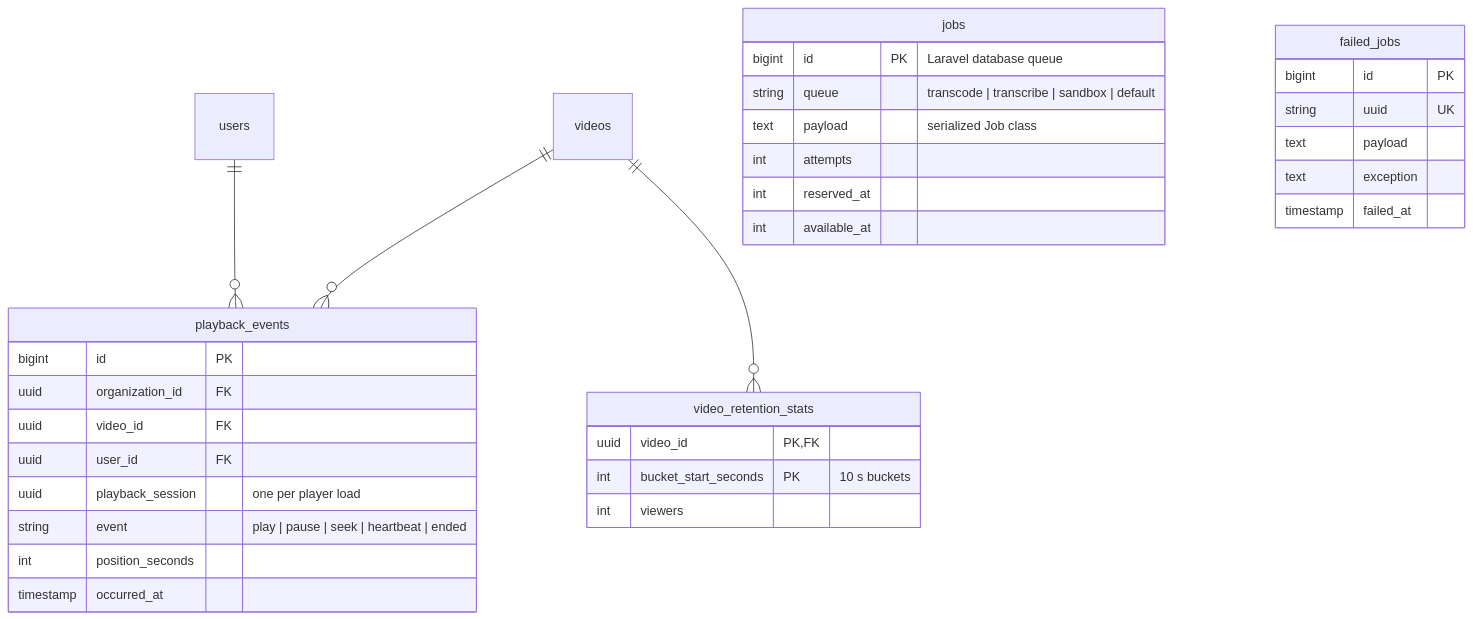
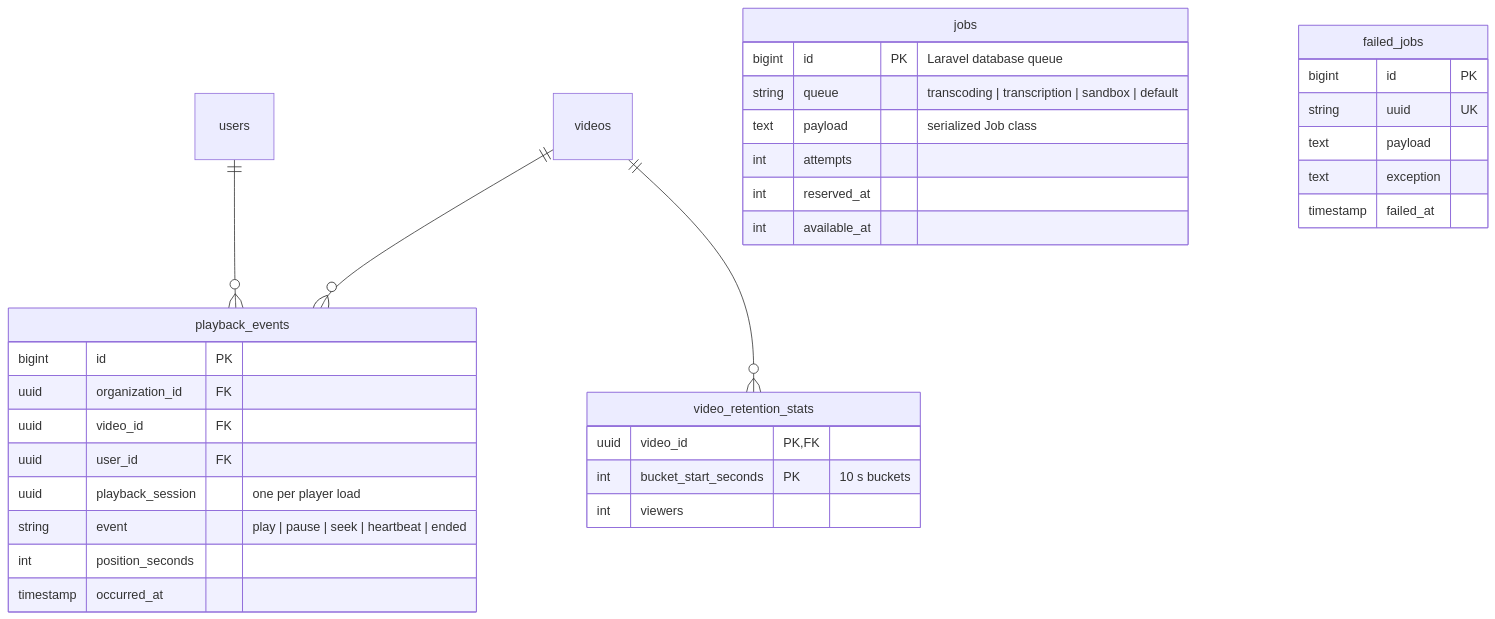
Before and after one commit to lucaszebre/ANNUALPROJECT-IWJ3: the sixth of 6 diagrams in docs/data-model.md, drawn with Mermaid. The commit also changed other lines of this file and 3 other files, not shown here.

````diff
--- a/docs/data-model.md
+++ b/docs/data-model.md
@@ -291,36 +291,36 @@
 ```mermaid
 erDiagram
     videos ||--o{ playback_events : ""
     users ||--o{ playback_events : ""
     videos ||--o{ video_retention_stats : ""
     playback_events {
         bigint id PK
         uuid organization_id FK
         uuid video_id FK
         uuid user_id FK
         uuid playback_session "one per player load"
         string event "play | pause | seek | heartbeat | ended"
         int position_seconds
         timestamp occurred_at
     }
     video_retention_stats {
         uuid video_id PK, FK
         int bucket_start_seconds PK "10 s buckets"
         int viewers
     }
     jobs {
         bigint id PK "Laravel database queue"
-        string queue "transcode | transcribe | sandbox | default"
+        string queue "transcoding | transcription | sandbox | default"
         text payload "serialized Job class"
         int attempts
         int reserved_at
         int available_at
     }
     failed_jobs {
         bigint id PK
         string uuid UK
         text payload
         text exception
         timestamp failed_at
     }
 ```
````
